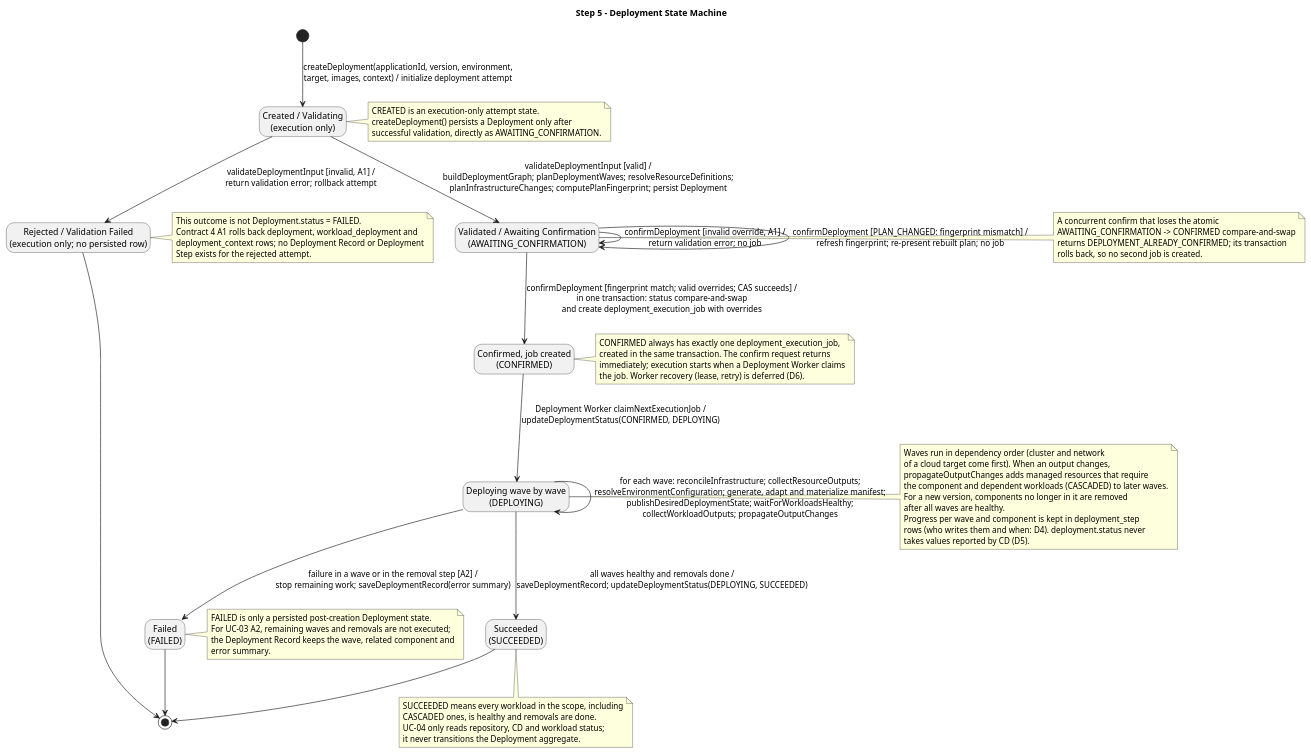
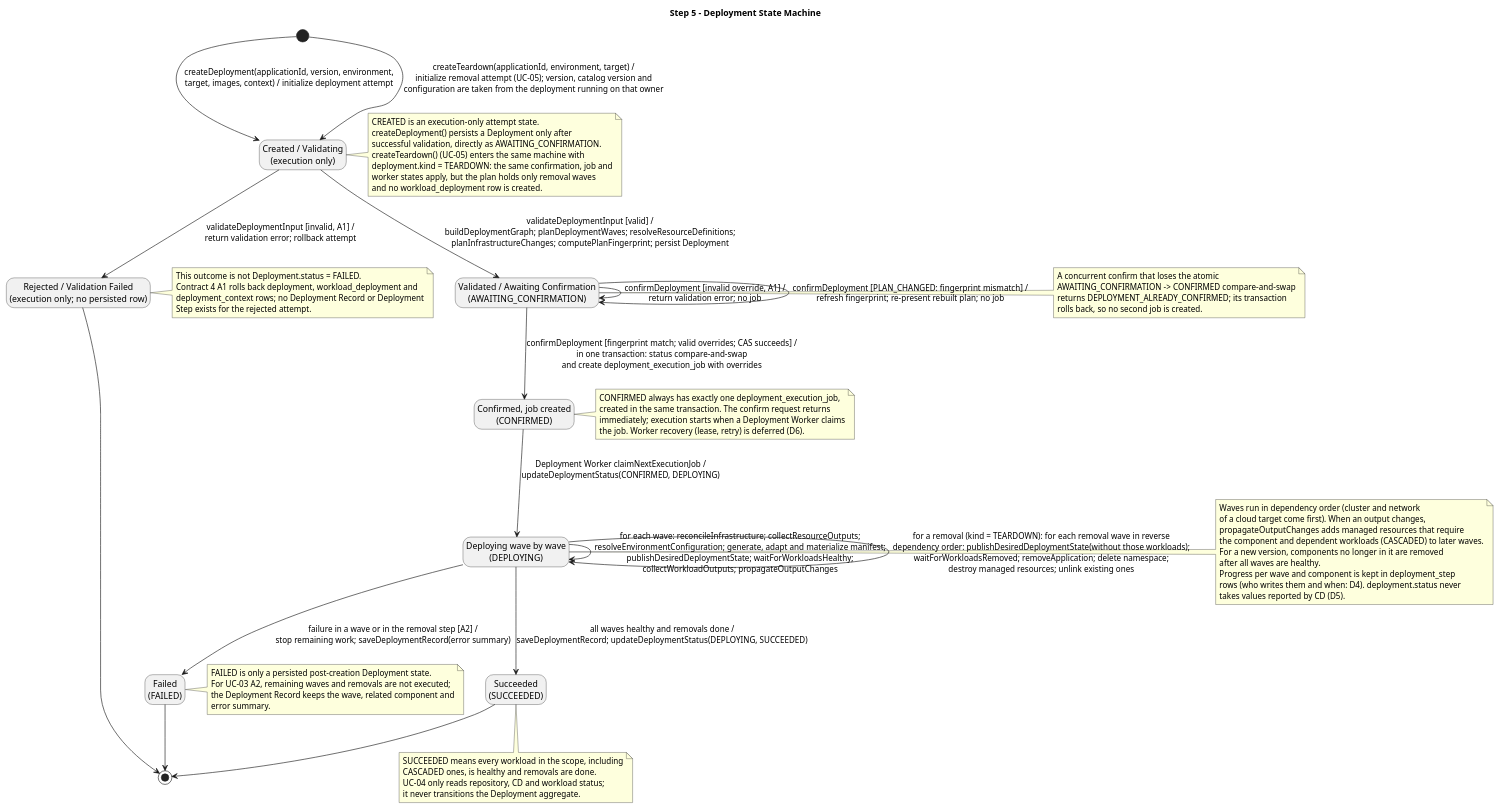
Before and after one commit to pr3s3nt/final_idp: the diagram in 05_state_machines/deployment_state.puml, drawn with PlantUML. The commit also changed 12 other files, not shown here.

```diff
--- a/05_state_machines/deployment_state.puml
+++ b/05_state_machines/deployment_state.puml
@@ -1,86 +1,92 @@
 @startuml
 title Step 5 - Deployment State Machine
 
 hide empty description
 
 state "Created / Validating\n(execution only)" as CREATED
 state "Rejected / Validation Failed\n(execution only; no persisted row)" as REJECTED
 state "Validated / Awaiting Confirmation\n(AWAITING_CONFIRMATION)" as AWAITING_CONFIRMATION
 state "Confirmed, job created\n(CONFIRMED)" as CONFIRMED
 state "Deploying wave by wave\n(DEPLOYING)" as DEPLOYING
 state "Succeeded\n(SUCCEEDED)" as SUCCEEDED
 state "Failed\n(FAILED)" as FAILED
 
 [*] --> CREATED : createDeployment(applicationId, version, environment,\ntarget, images, context) / initialize deployment attempt
+[*] --> CREATED : createTeardown(applicationId, environment, target) /\ninitialize removal attempt (UC-05); version, catalog version and\nconfiguration are taken from the deployment running on that owner
 
 CREATED --> AWAITING_CONFIRMATION : validateDeploymentInput [valid] /\nbuildDeploymentGraph; planDeploymentWaves; resolveResourceDefinitions;\nplanInfrastructureChanges; computePlanFingerprint; persist Deployment
 CREATED --> REJECTED : validateDeploymentInput [invalid, A1] /\nreturn validation error; rollback attempt
 REJECTED --> [*]
 
 AWAITING_CONFIRMATION --> AWAITING_CONFIRMATION : confirmDeployment [invalid override, A1] /\nreturn validation error; no job
 AWAITING_CONFIRMATION --> AWAITING_CONFIRMATION : confirmDeployment [PLAN_CHANGED: fingerprint mismatch] /\nrefresh fingerprint; re-present rebuilt plan; no job
 AWAITING_CONFIRMATION --> CONFIRMED : confirmDeployment [fingerprint match; valid overrides; CAS succeeds] /\nin one transaction: status compare-and-swap\nand create deployment_execution_job with overrides
 
 CONFIRMED --> DEPLOYING : Deployment Worker claimNextExecutionJob /\nupdateDeploymentStatus(CONFIRMED, DEPLOYING)
 
 DEPLOYING --> DEPLOYING : for each wave: reconcileInfrastructure; collectResourceOutputs;\nresolveEnvironmentConfiguration; generate, adapt and materialize manifest;\npublishDesiredDeploymentState; waitForWorkloadsHealthy;\ncollectWorkloadOutputs; propagateOutputChanges
+DEPLOYING --> DEPLOYING : for a removal (kind = TEARDOWN): for each removal wave in reverse\ndependency order: publishDesiredDeploymentState(without those workloads);\nwaitForWorkloadsRemoved; removeApplication; delete namespace;\ndestroy managed resources; unlink existing ones
 DEPLOYING --> SUCCEEDED : all waves healthy and removals done /\nsaveDeploymentRecord; updateDeploymentStatus(DEPLOYING, SUCCEEDED)
 DEPLOYING --> FAILED : failure in a wave or in the removal step [A2] /\nstop remaining work; saveDeploymentRecord(error summary)
 
 SUCCEEDED --> [*]
 FAILED --> [*]
 
 note right of CREATED
   CREATED is an execution-only attempt state.
   createDeployment() persists a Deployment only after
   successful validation, directly as AWAITING_CONFIRMATION.
+  createTeardown() (UC-05) enters the same machine with
+  deployment.kind = TEARDOWN: the same confirmation, job and
+  worker states apply, but the plan holds only removal waves
+  and no workload_deployment row is created.
 end note
 
 note right of REJECTED
   This outcome is not Deployment.status = FAILED.
   Contract 4 A1 rolls back deployment, workload_deployment and
   deployment_context rows; no Deployment Record or Deployment
   Step exists for the rejected attempt.
 end note
 
 note right of AWAITING_CONFIRMATION
   A concurrent confirm that loses the atomic
   AWAITING_CONFIRMATION -> CONFIRMED compare-and-swap
   returns DEPLOYMENT_ALREADY_CONFIRMED; its transaction
   rolls back, so no second job is created.
 end note
 
 note right of CONFIRMED
   CONFIRMED always has exactly one deployment_execution_job,
   created in the same transaction. The confirm request returns
   immediately; execution starts when a Deployment Worker claims
   the job. Worker recovery (lease, retry) is deferred (D6).
 end note
 
 note right of DEPLOYING
   Waves run in dependency order (cluster and network
   of a cloud target come first). When an output changes,
   propagateOutputChanges adds managed resources that require
   the component and dependent workloads (CASCADED) to later waves.
   For a new version, components no longer in it are removed
   after all waves are healthy.
   Progress per wave and component is kept in deployment_step
   rows (who writes them and when: D4). deployment.status never
   takes values reported by CD (D5).
 end note
 
 note right of FAILED
   FAILED is only a persisted post-creation Deployment state.
   For UC-03 A2, remaining waves and removals are not executed;
   the Deployment Record keeps the wave, related component and
   error summary.
 end note
 
 note bottom of SUCCEEDED
   SUCCEEDED means every workload in the scope, including
   CASCADED ones, is healthy and removals are done.
   UC-04 only reads repository, CD and workload status;
   it never transitions the Deployment aggregate.
 end note
 
 @enduml
```
